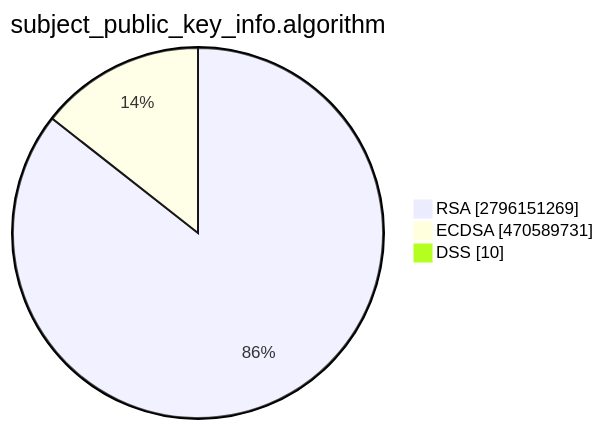
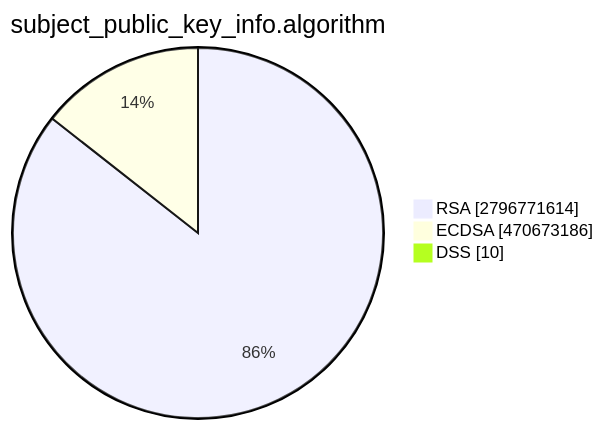
Before and after one commit to christiankrug/ctmonitor_visualization: the second of 15 diagrams in TOTAL/README.md, drawn with Mermaid. The commit also changed other lines of this file, not shown here.

````diff
--- a/TOTAL/README.md
+++ b/TOTAL/README.md
@@ -6,7 +6,7 @@
 ```mermaid
 pie showData
 title subject_public_key_info.algorithm
-"RSA" :2796151269
-"ECDSA" :470589731
+"RSA" :2796771614
+"ECDSA" :470673186
 "DSS" :10
 ```
````
